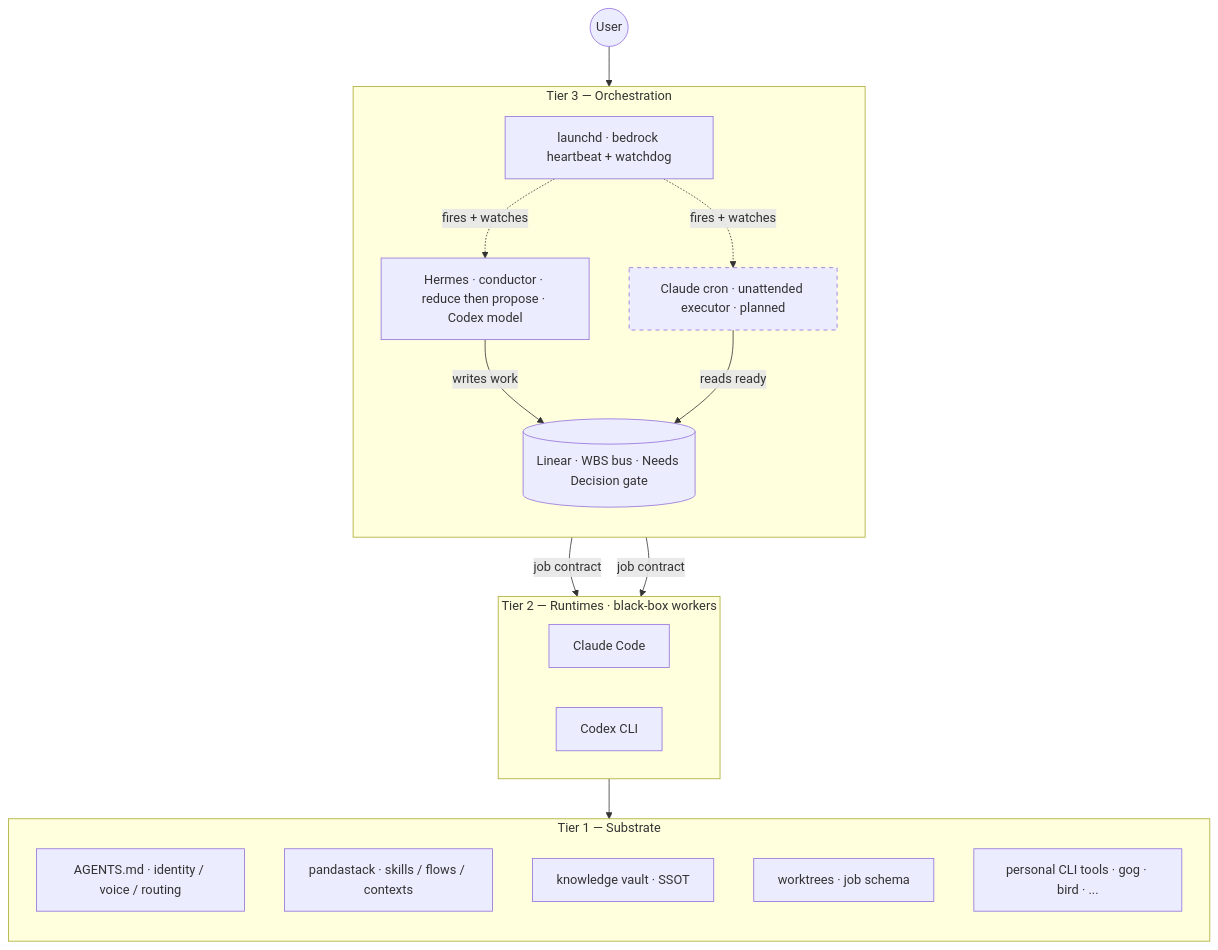
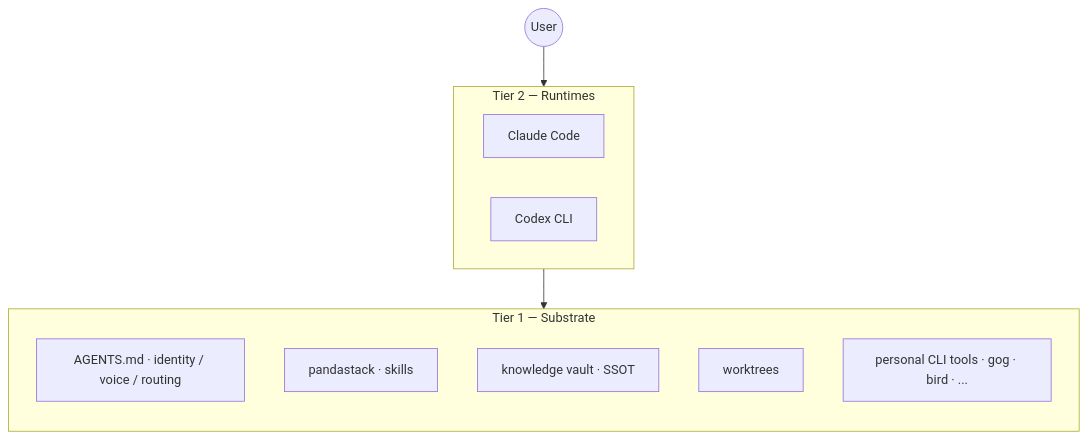
One commit to panda850819/verbs changed the diagram in README.md. Above: the diagram before and after it, drawn with Mermaid. The commit also changed other lines of this file and 188 other files, not shown here.

````diff
--- a/README.md
+++ b/README.md
@@ -156,38 +147,22 @@
 ```mermaid
 flowchart TB
     User((User))
 
-    subgraph T3 [Tier 3 — Orchestration]
-        direction TB
-        launchd[launchd · bedrock heartbeat + watchdog]
-        hermes[Hermes · conductor · reduce then propose · Codex model]
-        exec[Claude cron · unattended executor · planned]
-        linear[(Linear · WBS bus · Needs Decision gate)]
-    end
-
-    subgraph T2 [Tier 2 — Runtimes · black-box workers]
+    subgraph T2 [Tier 2 — Runtimes]
         direction LR
         cc[Claude Code]
         cx[Codex CLI]
     end
 
     subgraph T1 [Tier 1 — Substrate]
         direction TB
         agents[AGENTS.md · identity / voice / routing]
-        skills[pandastack · skills / flows / contexts]
+        skills[pandastack · skills]
         knowledge[knowledge vault · SSOT]
-        job[worktrees · job schema]
+        job[worktrees]
         cli[personal CLI tools · gog · bird · ...]
     end
 
-    User --> hermes
-    launchd -. fires + watches .-> hermes
-    launchd -. fires + watches .-> exec
-    hermes -- writes work --> linear
-    exec -- reads ready --> linear
-    hermes -- job contract --> T2
-    exec -- job contract --> T2
+    User --> T2
     T2 --> T1
-
-    style exec stroke-dasharray: 5 5
 ```
````
